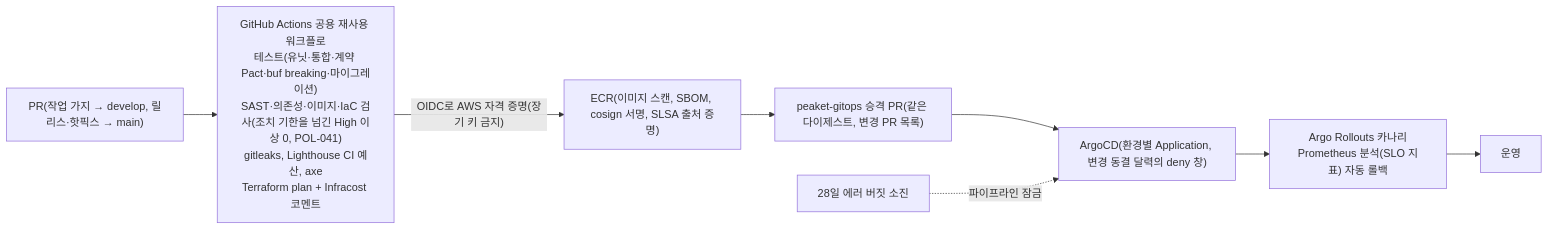
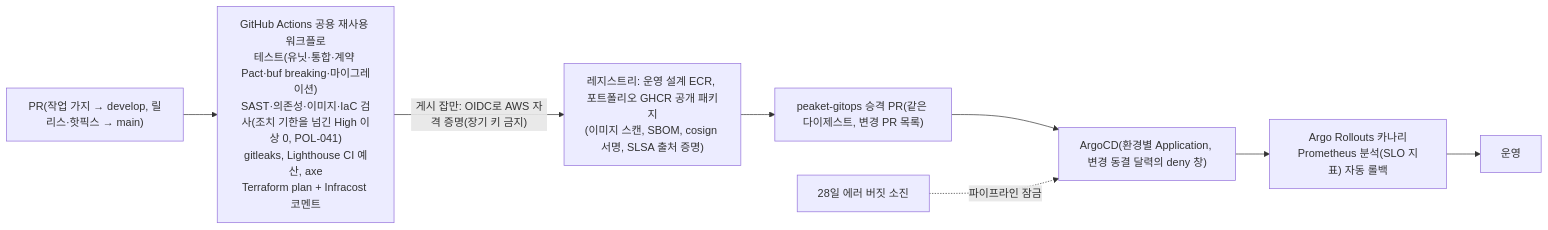
One commit to peaket/peaket changed the third of 3 diagrams in docs/infra.md. Above: the diagram before and after it, drawn with Mermaid. The commit also changed other lines of this file and 228 other files, not shown here.

````diff
--- a/docs/infra.md
+++ b/docs/infra.md
@@ -223,10 +246,10 @@
 ```mermaid
 flowchart LR
     PR["PR(작업 가지 → develop, 릴리스·핫픽스 → main)"] --> CI["GitHub Actions 공용 재사용 워크플로\n테스트(유닛·통합·계약 Pact·buf breaking·마이그레이션)\nSAST·의존성·이미지·IaC 검사(조치 기한을 넘긴 High 이상 0, POL-041)\ngitleaks, Lighthouse CI 예산, axe\nTerraform plan + Infracost 코멘트"]
-    CI -->|"OIDC로 AWS 자격 증명(장기 키 금지)"| ECR["ECR(이미지 스캔, SBOM, cosign 서명, SLSA 출처 증명)"]
+    CI -->|"게시 잡만: OIDC로 AWS 자격 증명(장기 키 금지)"| ECR["레지스트리: 운영 설계 ECR, 포트폴리오 GHCR 공개 패키지\n(이미지 스캔, SBOM, cosign 서명, SLSA 출처 증명)"]
     ECR --> GITOPS["peaket-gitops 승격 PR(같은 다이제스트, 변경 PR 목록)"]
     GITOPS --> ARGO["ArgoCD(환경별 Application, 변경 동결 달력의 deny 창)"]
     ARGO --> ROLL["Argo Rollouts 카나리\nPrometheus 분석(SLO 지표) 자동 롤백"]
     ROLL --> PROD["운영"]
     BUDGET["28일 에러 버짓 소진"] -.파이프라인 잠금.-> ARGO
 ```
````
